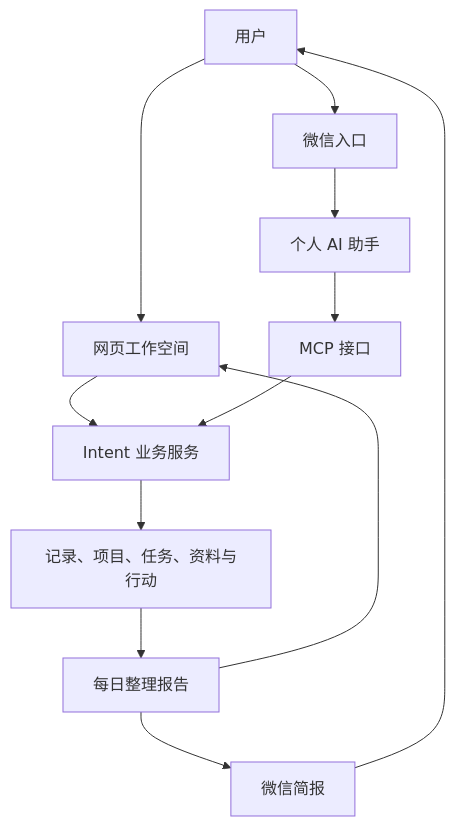
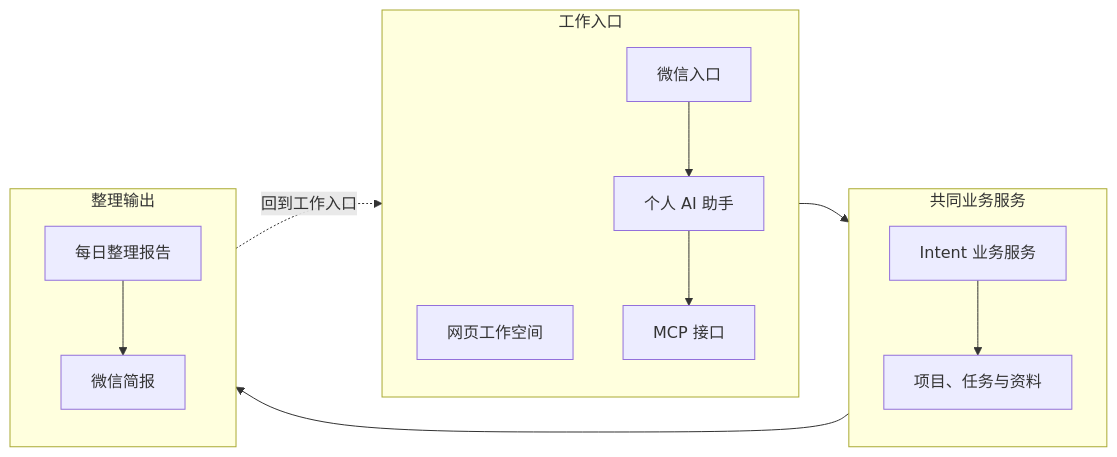
One commit to cytlabs/personal-site changed the second of 2 diagrams in content/cases/intent.md. Above: the diagram before and after it, drawn with Mermaid. The commit also changed other lines of this file and 17 other files, not shown here.

Commit message:
统一图表排版与主题并支持大图查看

````diff
--- a/content/cases/intent.md
+++ b/content/cases/intent.md
@@ -39,14 +42,18 @@
 ```mermaid
-flowchart TD
-    U["用户"] --> W["网页工作空间"]
-    U --> C["微信入口"]
-    C --> A["个人 AI 助手"]
-    A --> M["MCP 接口"]
-    W --> S["Intent 业务服务"]
-    M --> S
-    S --> D["记录、项目、任务、资料与行动"]
-    D --> R["每日整理报告"]
-    R --> W
-    R --> N["微信简报"]
-    N --> U
+flowchart LR
+    subgraph ENTRY["工作入口"]
+        direction TB
+        W["网页工作空间"]
+        C["微信入口"] --> A["个人 AI 助手"] --> M["MCP 接口"]
+    end
+    subgraph SERVICE["共同业务服务"]
+        direction TB
+        S["Intent 业务服务"] --> D["项目、任务与资料"]
+    end
+    subgraph REPORT["整理输出"]
+        direction TB
+        R["每日整理报告"] --> N["微信简报"]
+    end
+    ENTRY --> SERVICE --> REPORT
+    REPORT -.->|回到工作入口| ENTRY
 ```
````
